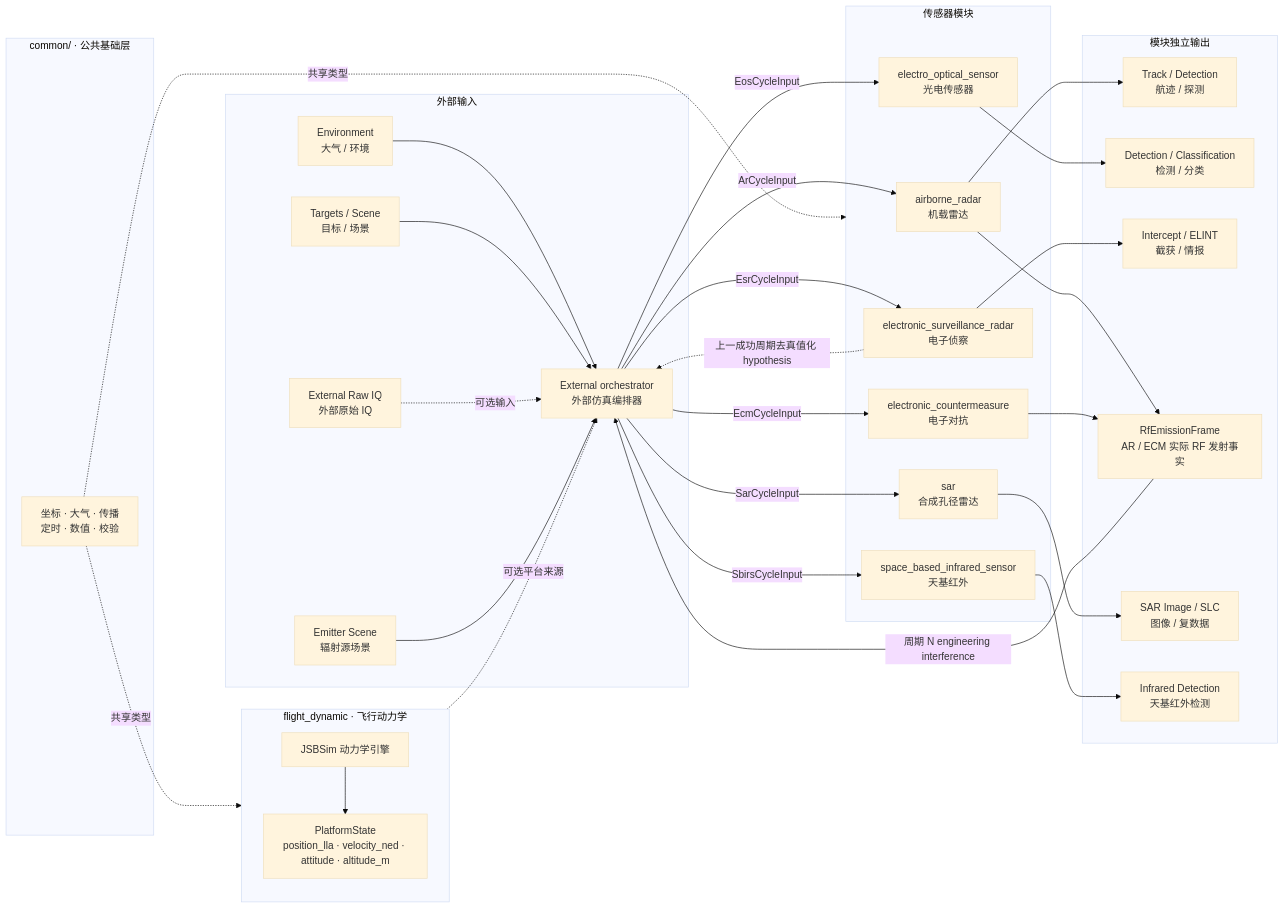
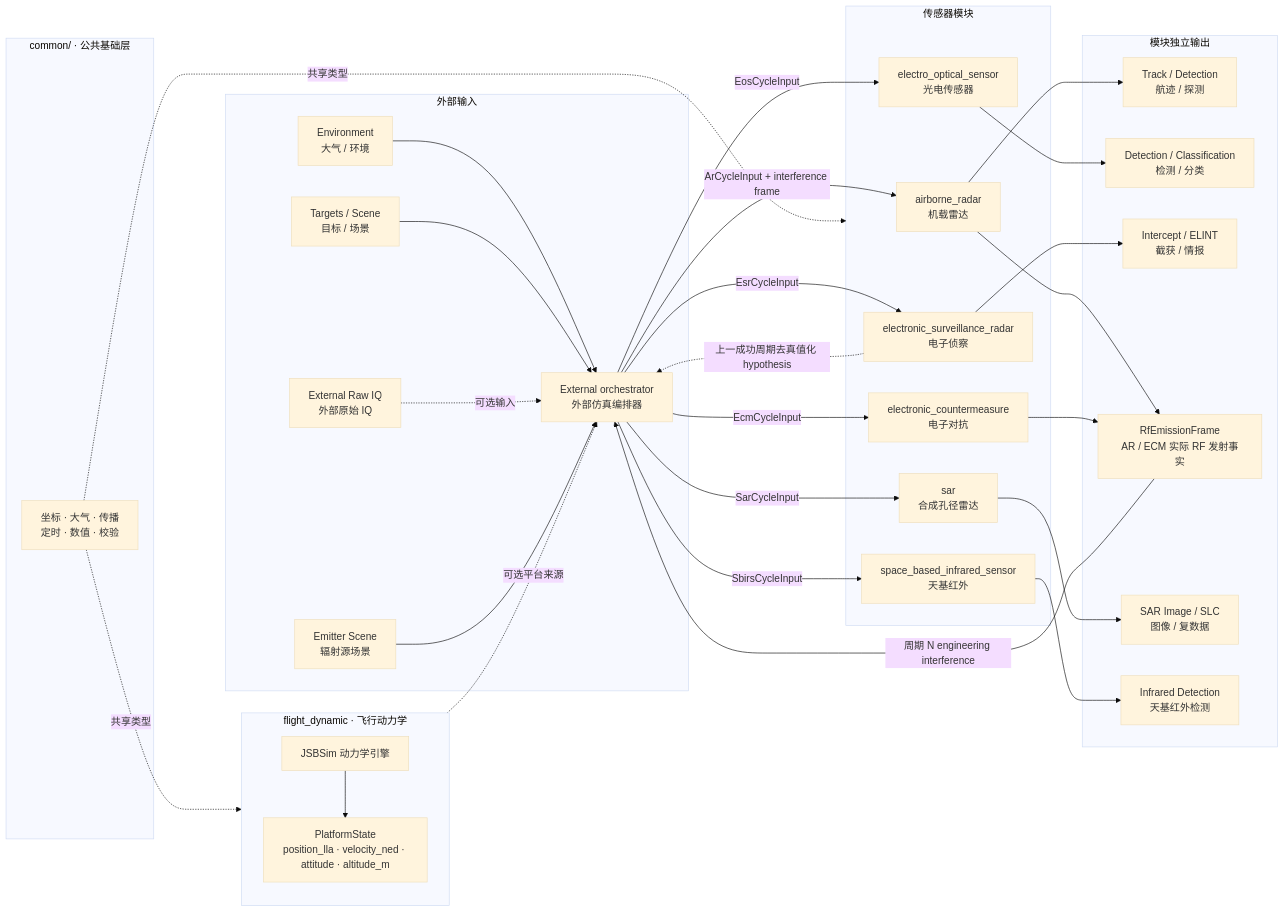
One commit to boilwater-3/1q changed the second of 2 diagrams in docs/common/contract.md. Above: the diagram before and after it, drawn with Mermaid (base theme). The commit also changed other lines of this file and 2 other files, not shown here.

Commit message:
docs(rf): simplify AR interference exchange

````diff
--- a/docs/common/contract.md
+++ b/docs/common/contract.md
@@ -464,64 +462,64 @@
 ```mermaid
 flowchart LR
   subgraph Common["common/ · 公共基础层"]
     CORE[坐标 · 大气 · 传播\n定时 · 数值 · 校验]
   end
 
   subgraph FD["flight_dynamic · 飞行动力学"]
     direction TB
     JSB[JSBSim 动力学引擎]
     STATE[PlatformState\nposition_lla · velocity_ned · attitude · altitude_m]
     JSB --> STATE
   end
 
   subgraph EXT["外部输入"]
     ORCH[External orchestrator\n外部仿真编排器]
     TGT[Targets / Scene\n目标 / 场景]
     ENV[Environment\n大气 / 环境]
     IQ[External Raw IQ\n外部原始 IQ]
     EMIT[Emitter Scene\n辐射源场景]
   end
 
   subgraph SENSORS["传感器模块"]
     AR[airborne_radar\n机载雷达]
     EO[electro_optical_sensor\n光电传感器]
     ESR[electronic_surveillance_radar\n电子侦察]
     ECM[electronic_countermeasure\n电子对抗]
     SAR[sar\n合成孔径雷达]
     SBIRS[space_based_infrared_sensor\n天基红外]
   end
 
   subgraph OUT["模块独立输出"]
     O1[Track / Detection\n航迹 / 探测]
     O2[Detection / Classification\n检测 / 分类]
     O3[Intercept / ELINT\n截获 / 情报]
     O6[RfEmissionFrame\nAR / ECM 实际 RF 发射事实]
     O4[SAR Image / SLC\n图像 / 复数据]
     O5[Infrared Detection\n天基红外检测]
   end
 
   CORE -.->|共享类型| FD
   CORE -.->|共享类型| SENSORS
 
   STATE -.->|可选平台来源| ORCH
   ENV --> ORCH
   TGT --> ORCH
   IQ -.->|可选输入| ORCH
   EMIT --> ORCH
-  ORCH -->|ArCycleInput| AR
+  ORCH -->|ArCycleInput + interference frame| AR
   ORCH -->|EosCycleInput| EO
   ORCH -->|EsrCycleInput| ESR
   ORCH -->|EcmCycleInput| ECM
   ORCH -->|SarCycleInput| SAR
   ORCH -->|SbirsCycleInput| SBIRS
 
   AR --> O1
   AR --> O6
   EO --> O2
   ESR --> O3
   ESR -.->|上一成功周期去真值化 hypothesis| ORCH
   ECM --> O6
   O6 -->|周期 N engineering interference| ORCH
   SAR --> O4
   SBIRS --> O5
 ```
````
